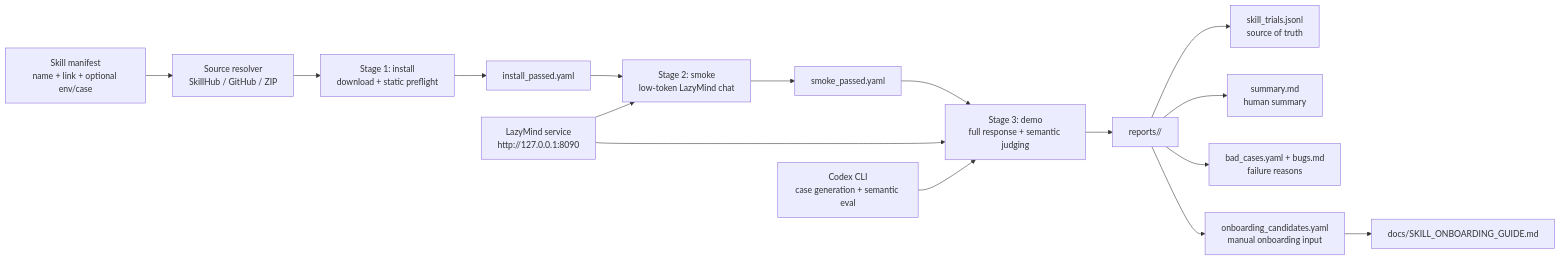
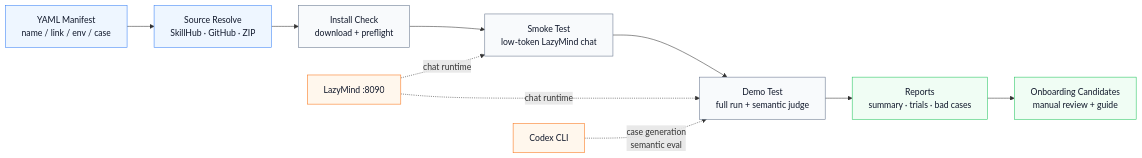
Before and after one commit to chenzhex/skill-auto: the diagram in README.md, drawn with Mermaid.

Commit message:
Simplify README framework diagram

````diff
--- a/README.md
+++ b/README.md
@@ -14,20 +14,23 @@
 ```mermaid
 flowchart LR
-    manifest["Skill manifest<br/>name + link + optional env/case"] --> source["Source resolver<br/>SkillHub / GitHub / ZIP"]
-    source --> install["Stage 1: install<br/>download + static preflight"]
-    install --> installPassed["install_passed.yaml"]
-    installPassed --> smoke["Stage 2: smoke<br/>low-token LazyMind chat"]
-    smoke --> smokePassed["smoke_passed.yaml"]
-    smokePassed --> demo["Stage 3: demo<br/>full response + semantic judging"]
+    A["YAML Manifest<br/>name / link / env / case"] --> B["Source Resolve<br/>SkillHub · GitHub · ZIP"]
+    B --> C["Install Check<br/>download + preflight"]
+    C --> D["Smoke Test<br/>low-token LazyMind chat"]
+    D --> E["Demo Test<br/>full run + semantic judge"]
+    E --> F["Reports<br/>summary · trials · bad cases"]
+    F --> G["Onboarding Candidates<br/>manual review + guide"]
 
-    lazy["LazyMind service<br/>http://127.0.0.1:8090"] --> smoke
-    lazy --> demo
-    codex["Codex CLI<br/>case generation + semantic eval"] --> demo
+    L["LazyMind :8090"] -. chat runtime .-> D
+    L -. chat runtime .-> E
+    X["Codex CLI"] -. case generation<br/>semantic eval .-> E
 
-    demo --> reports["reports/<run-id>/"]
-    reports --> trials["skill_trials.jsonl<br/>source of truth"]
-    reports --> summary["summary.md<br/>human summary"]
-    reports --> bad["bad_cases.yaml + bugs.md<br/>failure reasons"]
-    reports --> candidates["onboarding_candidates.yaml<br/>manual onboarding input"]
-    candidates --> guide["docs/SKILL_ONBOARDING_GUIDE.md"]
+    classDef input fill:#eef6ff,stroke:#3b82f6,color:#0f172a;
+    classDef stage fill:#f8fafc,stroke:#64748b,color:#0f172a;
+    classDef output fill:#f0fdf4,stroke:#22c55e,color:#0f172a;
+    classDef support fill:#fff7ed,stroke:#f97316,color:#0f172a;
+
+    class A,B input;
+    class C,D,E stage;
+    class F,G output;
+    class L,X support;
 ```
````
